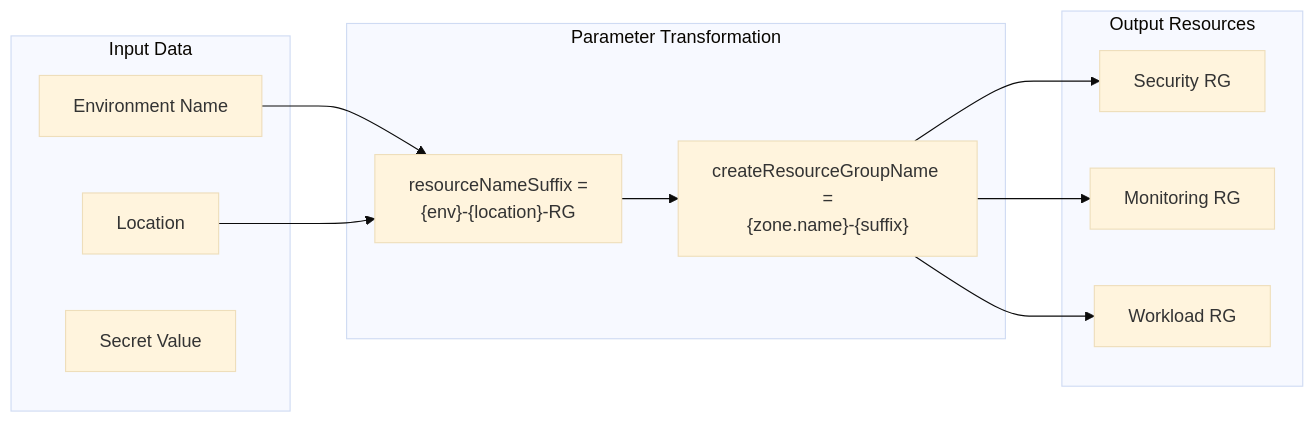
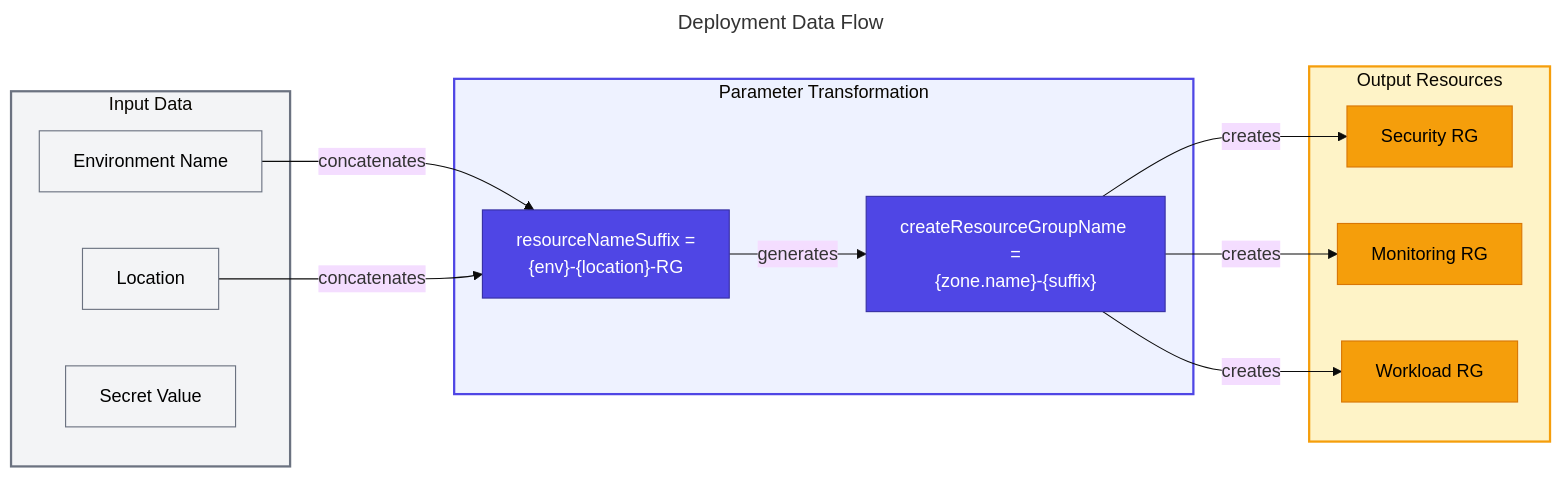
One commit to Evilazaro/DevExp-DevBox changed the tenth of 13 diagrams in docs/architecture/02-data-architecture.md. Above: the diagram before and after it, drawn with Mermaid (base theme). The commit also changed other lines of this file, not shown here.

Commit message:
Refactor data architecture documentation to enhance clarity and detail in diagrams and relationships

````diff
--- a/docs/architecture/02-data-architecture.md
+++ b/docs/architecture/02-data-architecture.md
@@ -533,26 +624,49 @@
 ```mermaid
+---
+title: Deployment Data Flow
+---
 flowchart LR
+    %% ===== STYLE DEFINITIONS =====
+    classDef primary fill:#4F46E5,stroke:#3730A3,color:#FFFFFF
+    classDef secondary fill:#10B981,stroke:#059669,color:#FFFFFF
+    classDef datastore fill:#F59E0B,stroke:#D97706,color:#000000
+    classDef input fill:#F3F4F6,stroke:#6B7280,color:#000000
+
+    %% ===== INPUT DATA =====
     subgraph Input["Input Data"]
-        ENV[Environment Name]
-        LOC[Location]
-        SECRET[Secret Value]
+        ENV["Environment Name"]
+        LOC["Location"]
+        SECRET["Secret Value"]
     end
 
+    %% ===== PARAMETER TRANSFORMATION =====
     subgraph Transform["Parameter Transformation"]
         SUFFIX["resourceNameSuffix =<br/>{env}-{location}-RG"]
         RGNAMES["createResourceGroupName =<br/>{zone.name}-{suffix}"]
     end
 
+    %% ===== OUTPUT RESOURCES =====
     subgraph Output["Output Resources"]
-        SEC_RG[Security RG]
-        MON_RG[Monitoring RG]
-        WRK_RG[Workload RG]
+        SEC_RG["Security RG"]
+        MON_RG["Monitoring RG"]
+        WRK_RG["Workload RG"]
     end
 
-    ENV --> SUFFIX
-    LOC --> SUFFIX
-    SUFFIX --> RGNAMES
-    RGNAMES --> SEC_RG
-    RGNAMES --> MON_RG
-    RGNAMES --> WRK_RG
+    %% ===== CONNECTIONS =====
+    ENV -->|"concatenates"| SUFFIX
+    LOC -->|"concatenates"| SUFFIX
+    SUFFIX -->|"generates"| RGNAMES
+    RGNAMES -->|"creates"| SEC_RG
+    RGNAMES -->|"creates"| MON_RG
+    RGNAMES -->|"creates"| WRK_RG
+
+    %% ===== APPLY STYLES =====
+    class ENV,LOC,SECRET input
+    class SUFFIX,RGNAMES primary
+    class SEC_RG,MON_RG,WRK_RG datastore
+
+    %% ===== SUBGRAPH STYLING =====
+    style Input fill:#F3F4F6,stroke:#6B7280,stroke-width:2px
+    style Transform fill:#EEF2FF,stroke:#4F46E5,stroke-width:2px
+    style Output fill:#FEF3C7,stroke:#F59E0B,stroke-width:2px
 ```
````
